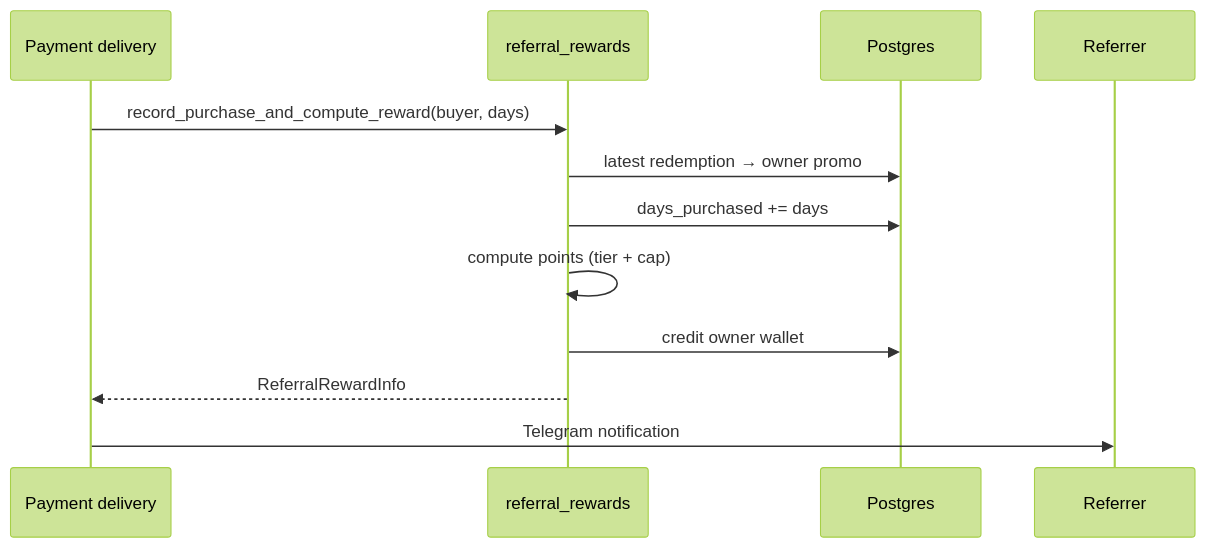
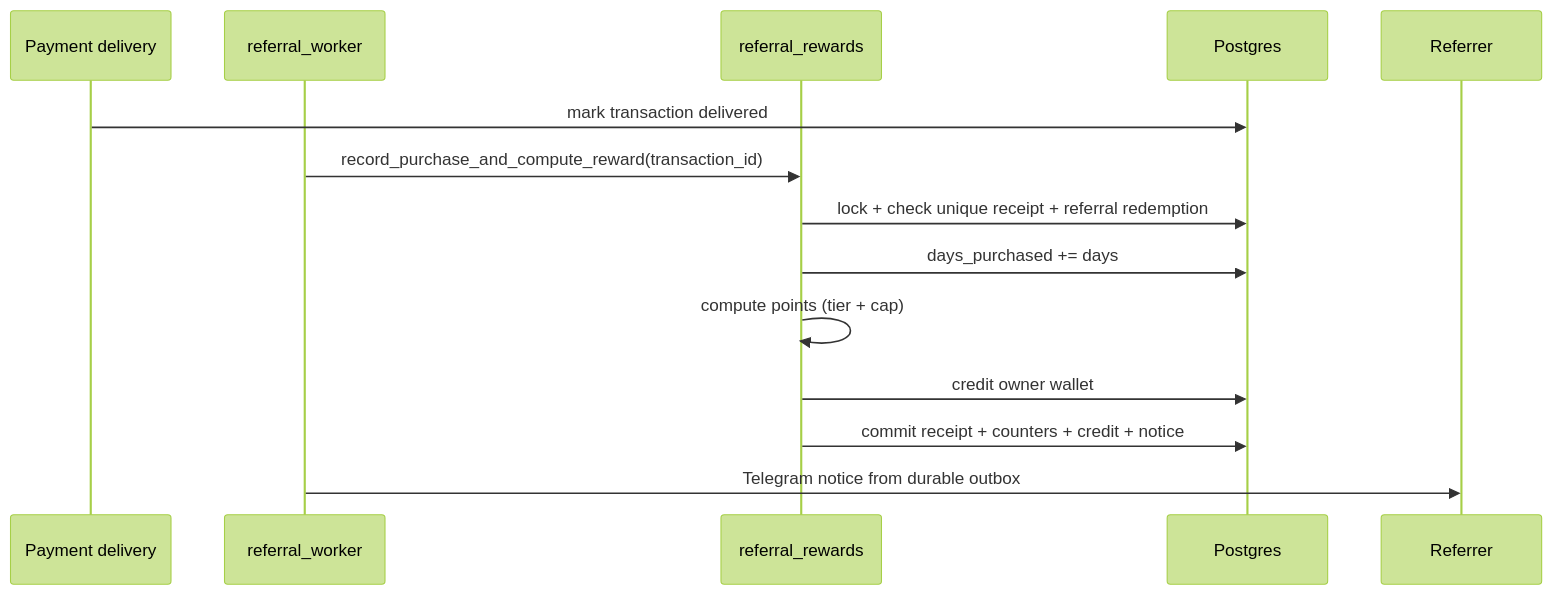
One commit to l0nelynx/xray-vpn-bot changed the second of 2 diagrams in docs/referral.md. Above: the diagram before and after it, drawn with Mermaid (forest theme). The commit also changed other lines of this file and 27 other files, not shown here.

````diff
--- a/docs/referral.md
+++ b/docs/referral.md
@@ -219,15 +227,17 @@
 ```mermaid
 sequenceDiagram
     participant Pay as Payment delivery
+    participant Worker as referral_worker
     participant RR as referral_rewards
     participant DB as Postgres
     participant Owner as Referrer
 
-    Pay->>RR: record_purchase_and_compute_reward(buyer, days)
-    RR->>DB: latest redemption → owner promo
+    Pay->>DB: mark transaction delivered
+    Worker->>RR: record_purchase_and_compute_reward(transaction_id)
+    RR->>DB: lock + check unique receipt + referral redemption
     RR->>DB: days_purchased += days
     RR->>RR: compute points (tier + cap)
     RR->>DB: credit owner wallet
-    RR-->>Pay: ReferralRewardInfo
-    Pay->>Owner: Telegram notification
+    RR->>DB: commit receipt + counters + credit + notice
+    Worker->>Owner: Telegram notice from durable outbox
 ```
````
